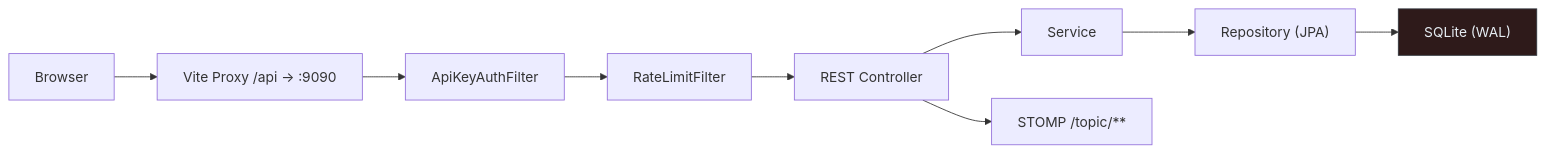
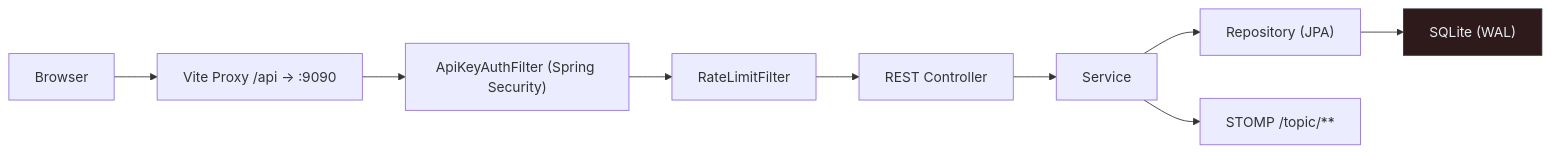
The first of 3 diagrams in docs/en/request-lifecycle-diagrams.md (FLSEST/MySuricates), drawn with Mermaid before and after one commit. The commit also changed other lines of this file and 4 other files, not shown here.

First line of the commit message:
docs(diagramme): Request page corrects 403, error format, rate-limit defaults and open endpoints

````diff
--- a/docs/en/request-lifecycle-diagrams.md
+++ b/docs/en/request-lifecycle-diagrams.md
@@ -11,13 +11,13 @@
 ```mermaid
 flowchart LR
     B["Browser"] --> P["Vite Proxy /api -> :9090"]
-    P --> F["ApiKeyAuthFilter"]
+    P --> F["ApiKeyAuthFilter (Spring Security)"]
     F --> RLF["RateLimitFilter"]
     RLF --> C["REST Controller"]
     C --> S["Service"]
     S --> REPO["Repository (JPA)"]
     REPO --> DB["SQLite (WAL)"]
-    C --> WS["STOMP /topic/**"]
+    S --> WS["STOMP /topic/**"]
 
     style DB fill:#2e1a1a,stroke:#30363d,color:#e6edf3
 ```
````
